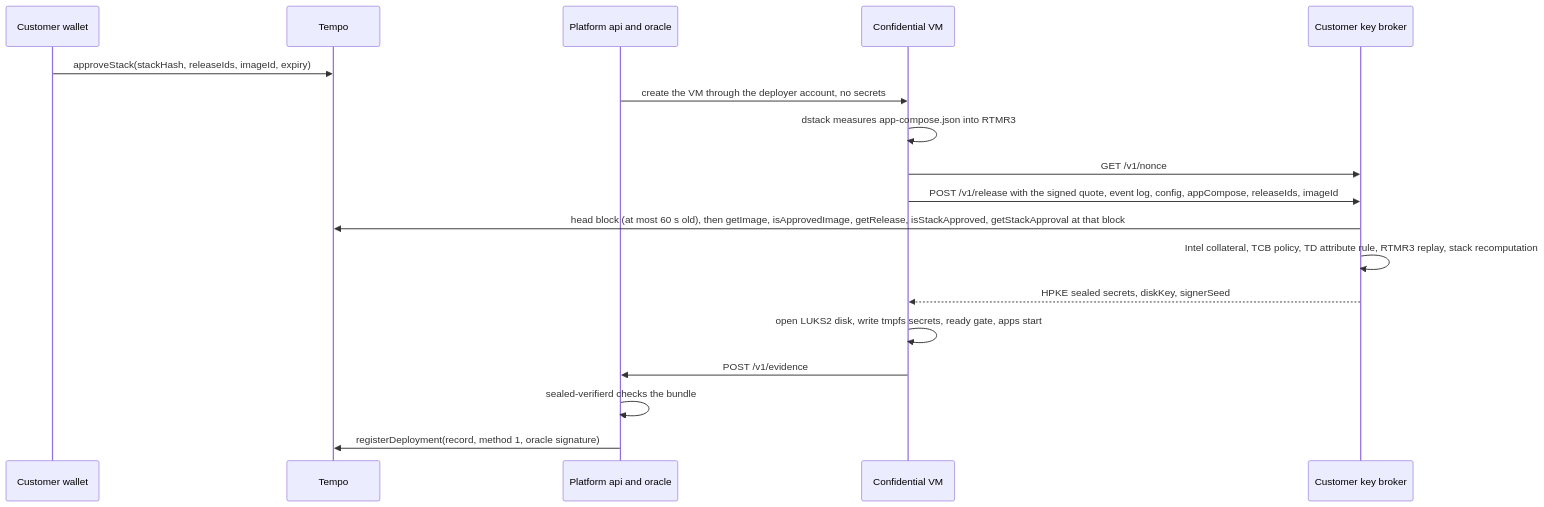
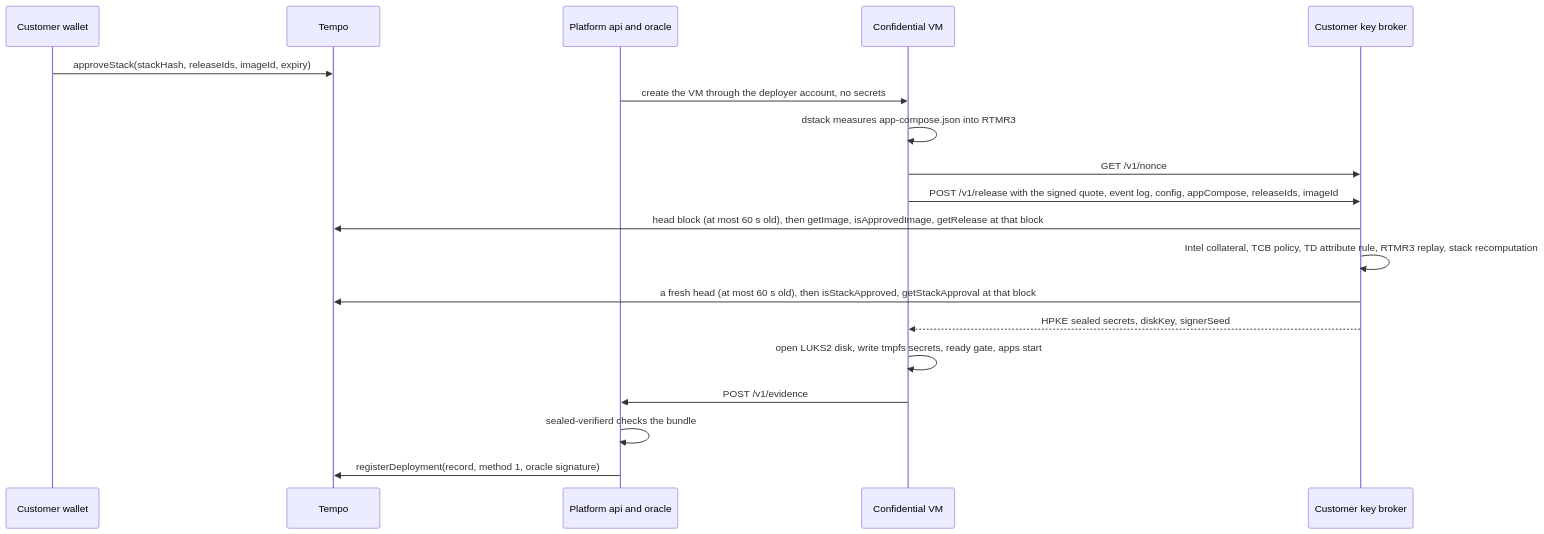
Before and after one commit to sealedtempo/sealed: the second of 3 diagrams in docs/ARCHITECTURE.md, drawn with Mermaid. The commit also changed other lines of this file and 3 other files, not shown here.

````diff
--- a/docs/ARCHITECTURE.md
+++ b/docs/ARCHITECTURE.md
@@ -129,20 +129,21 @@
 ```mermaid
 sequenceDiagram
   participant W as Customer wallet
   participant T as Tempo
   participant P as Platform api and oracle
   participant V as Confidential VM
   participant K as Customer key broker
   W->>T: approveStack(stackHash, releaseIds, imageId, expiry)
   P->>V: create the VM through the deployer account, no secrets
   V->>V: dstack measures app-compose.json into RTMR3
   V->>K: GET /v1/nonce
   V->>K: POST /v1/release with the signed quote, event log, config, appCompose, releaseIds, imageId
-  K->>T: head block (at most 60 s old), then getImage, isApprovedImage, getRelease, isStackApproved, getStackApproval at that block
+  K->>T: head block (at most 60 s old), then getImage, isApprovedImage, getRelease at that block
   K->>K: Intel collateral, TCB policy, TD attribute rule, RTMR3 replay, stack recomputation
+  K->>T: a fresh head (at most 60 s old), then isStackApproved, getStackApproval at that block
   K-->>V: HPKE sealed secrets, diskKey, signerSeed
   V->>V: open LUKS2 disk, write tmpfs secrets, ready gate, apps start
   V->>P: POST /v1/evidence
   P->>P: sealed-verifierd checks the bundle
   P->>T: registerDeployment(record, method 1, oracle signature)
 ```
````
